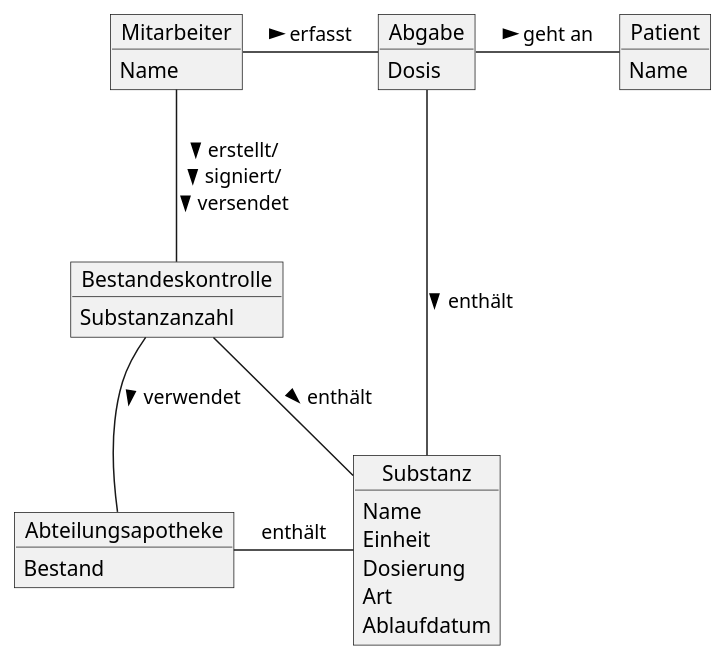
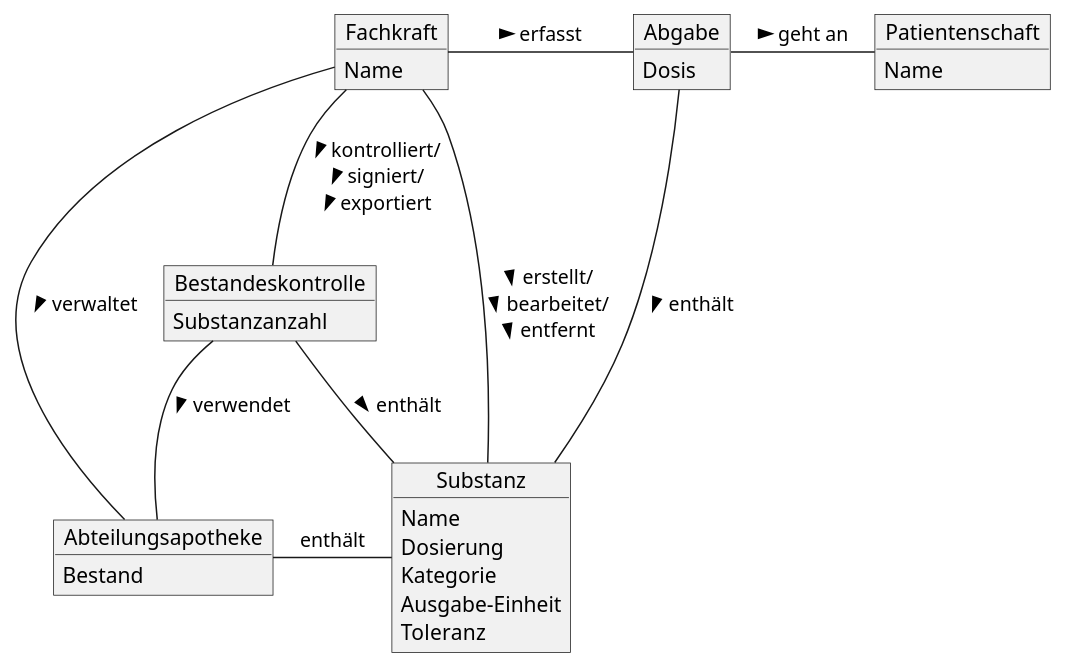
The diagram in docs/business-classes/business-classes.plantuml (lucahost/drugstore), drawn with PlantUML before and after one commit. The commit also changed 3 other files, not shown here.

```diff
--- a/docs/business-classes/business-classes.plantuml
+++ b/docs/business-classes/business-classes.plantuml
@@ -5,32 +5,34 @@
 @startuml
-skinparam monochrome true
 
-object Mitarbeiter
+object Fachkraft
 object Abgabe
-object Patient
+object Patientenschaft
 object Bestandeskontrolle
 object Abteilungsapotheke
 object Substanz
 
-Mitarbeiter -right- Abgabe: > erfasst
-Abgabe -right- Patient: > geht an
+Fachkraft -right- Abgabe: > erfasst
+Abgabe -right- Patientenschaft: > geht an
 Abgabe -down- Substanz: > enthält
 
 Abteilungsapotheke -right- Substanz: enthält
-Mitarbeiter -down- Bestandeskontrolle: > erstellt/\n> signiert/\n> versendet
+Fachkraft -down- Bestandeskontrolle: > kontrolliert/\n> signiert/\n> exportiert
 
 Bestandeskontrolle -- Abteilungsapotheke: > verwendet
 Bestandeskontrolle -- Substanz: > enthält
 
-Mitarbeiter : Name
+Fachkraft -- Abteilungsapotheke: > verwaltet
+Fachkraft -- Substanz: > erstellt/\n> bearbeitet/\n> entfernt
+
+Fachkraft : Name
 Abgabe : Dosis
-Patient : Name
+Patientenschaft : Name
 Bestandeskontrolle : Substanzanzahl
 Abteilungsapotheke : Bestand
 Substanz : Name
-Substanz : Einheit
 Substanz : Dosierung
-Substanz : Art
-Substanz : Ablaufdatum
+Substanz : Kategorie
+Substanz : Ausgabe-Einheit
+Substanz : Toleranz
 
 @enduml
```
